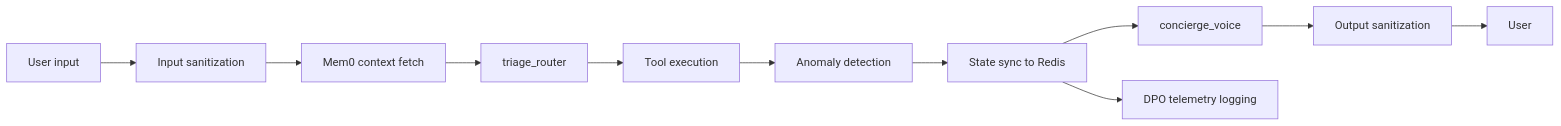
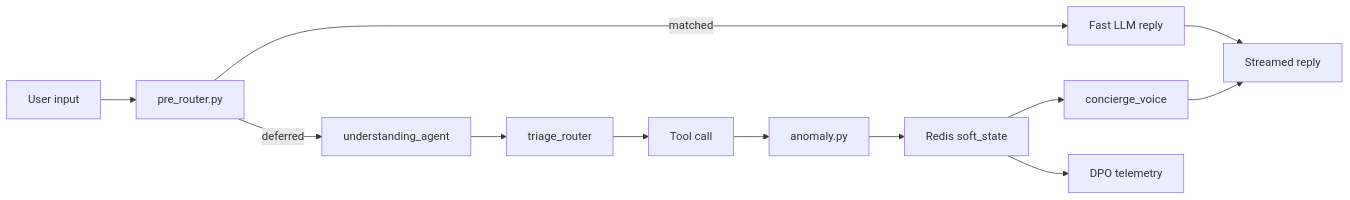
One commit to muhammadhasaan82/AI_Property_Booking_concierge changed the second of 2 diagrams in README.md. Above: the diagram before and after it, drawn with Mermaid. The commit also changed other lines of this file, not shown here.

````diff
--- a/README.md
+++ b/README.md
@@ -82,14 +38,14 @@
 ```mermaid
 flowchart LR
-    IN["User input"] --> IS["Input sanitization"]
-    IS --> MC["Mem0 context fetch"]
-    MC --> TR["triage_router"]
-    TR --> TE["Tool execution"]
-    TE --> AD["Anomaly detection"]
-    AD --> SS["State sync to Redis"]
-    SS --> CV["concierge_voice"]
-    CV --> OS["Output sanitization"]
-    OS --> OUT["User"]
-
-    SS --> TP["DPO telemetry logging"]
+    IN["User input"] --> PR["pre_router.py"]
+    PR -->|matched| FAST["Fast LLM reply"]
+    PR -->|deferred| UA["understanding_agent"]
+    UA --> TR["triage_router"]
+    TR --> TOOL["Tool call"]
+    TOOL --> AD["anomaly.py"]
+    AD --> STATE["Redis soft_state"]
+    STATE --> CV["concierge_voice"]
+    CV --> OUT["Streamed reply"]
+    FAST --> OUT
+    STATE --> TEL["DPO telemetry"]
 ```
````
